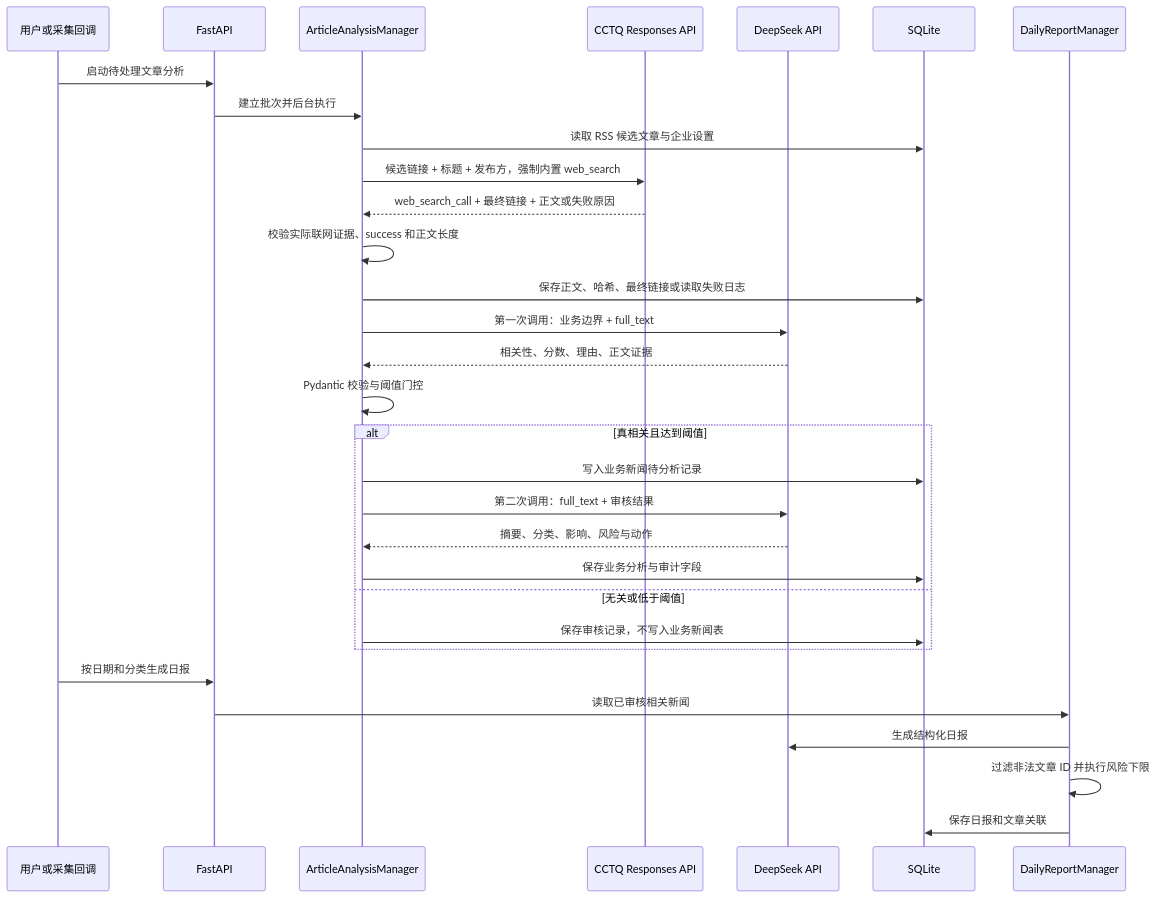
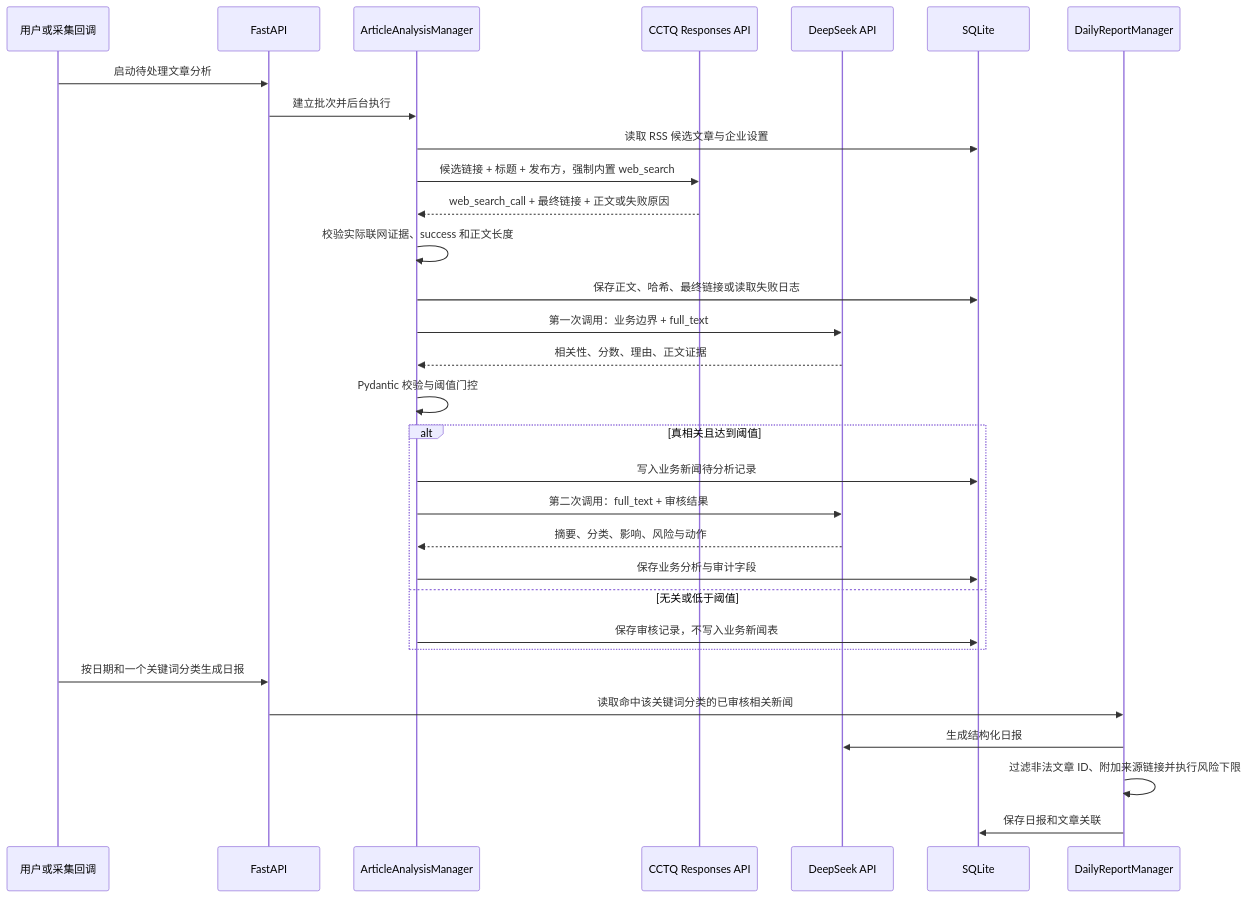
One commit to shiye1213/intco-rss-collector changed the third of 3 diagrams in docs/architecture.md. Above: the diagram before and after it, drawn with Mermaid. The commit also changed other lines of this file and 15 other files, not shown here.

````diff
--- a/docs/architecture.md
+++ b/docs/architecture.md
@@ -73,34 +73,34 @@
 ```mermaid
 sequenceDiagram
     participant User as 用户或采集回调
     participant API as FastAPI
     participant Analysis as ArticleAnalysisManager
     participant OpenAI as CCTQ Responses API
     participant DeepSeek as DeepSeek API
     participant DB as SQLite
     participant Report as DailyReportManager
 
     User->>API: 启动待处理文章分析
     API->>Analysis: 建立批次并后台执行
     Analysis->>DB: 读取 RSS 候选文章与企业设置
     Analysis->>OpenAI: 候选链接 + 标题 + 发布方，强制内置 web_search
     OpenAI-->>Analysis: web_search_call + 最终链接 + 正文或失败原因
     Analysis->>Analysis: 校验实际联网证据、success 和正文长度
     Analysis->>DB: 保存正文、哈希、最终链接或读取失败日志
     Analysis->>DeepSeek: 第一次调用：业务边界 + full_text
     DeepSeek-->>Analysis: 相关性、分数、理由、正文证据
     Analysis->>Analysis: Pydantic 校验与阈值门控
     alt 真相关且达到阈值
         Analysis->>DB: 写入业务新闻待分析记录
         Analysis->>DeepSeek: 第二次调用：full_text + 审核结果
         DeepSeek-->>Analysis: 摘要、分类、影响、风险与动作
         Analysis->>DB: 保存业务分析与审计字段
     else 无关或低于阈值
         Analysis->>DB: 保存审核记录，不写入业务新闻表
     end
-    User->>API: 按日期和分类生成日报
-    API->>Report: 读取已审核相关新闻
+    User->>API: 按日期和一个关键词分类生成日报
+    API->>Report: 读取命中该关键词分类的已审核相关新闻
     Report->>DeepSeek: 生成结构化日报
-    Report->>Report: 过滤非法文章 ID 并执行风险下限
+    Report->>Report: 过滤非法文章 ID、附加来源链接并执行风险下限
     Report->>DB: 保存日报和文章关联
 ```
````
